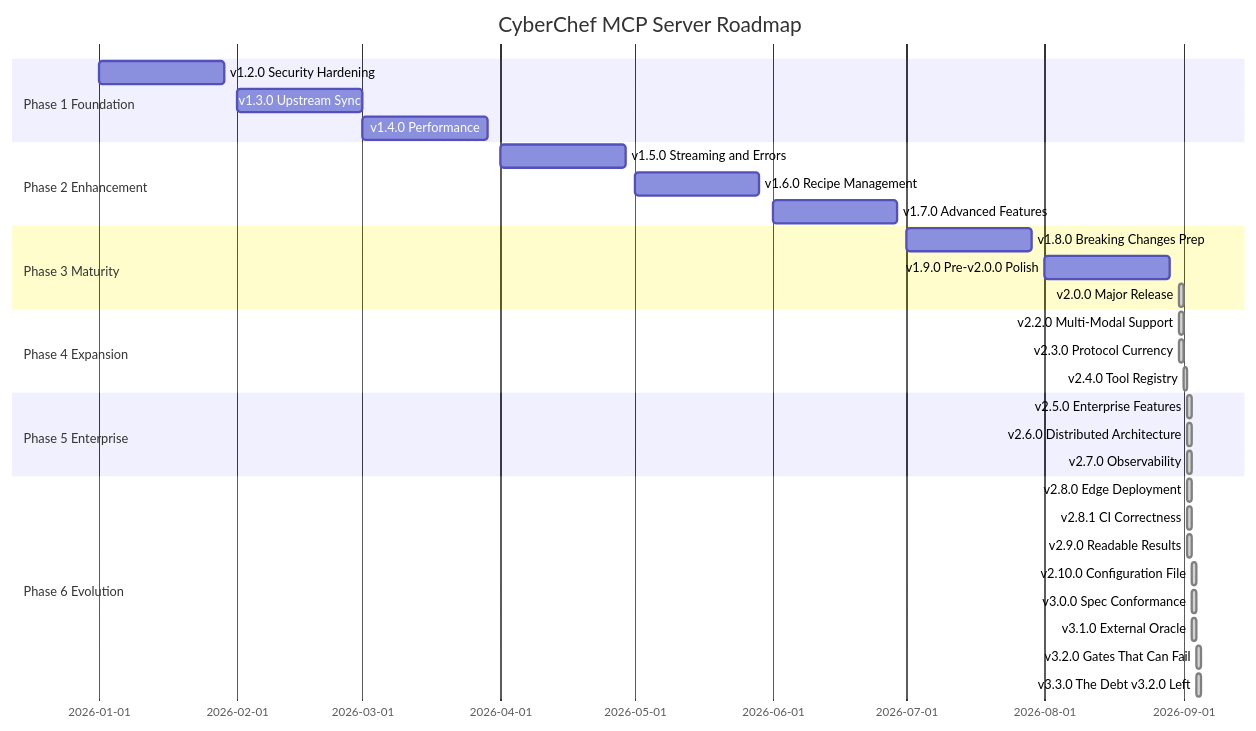
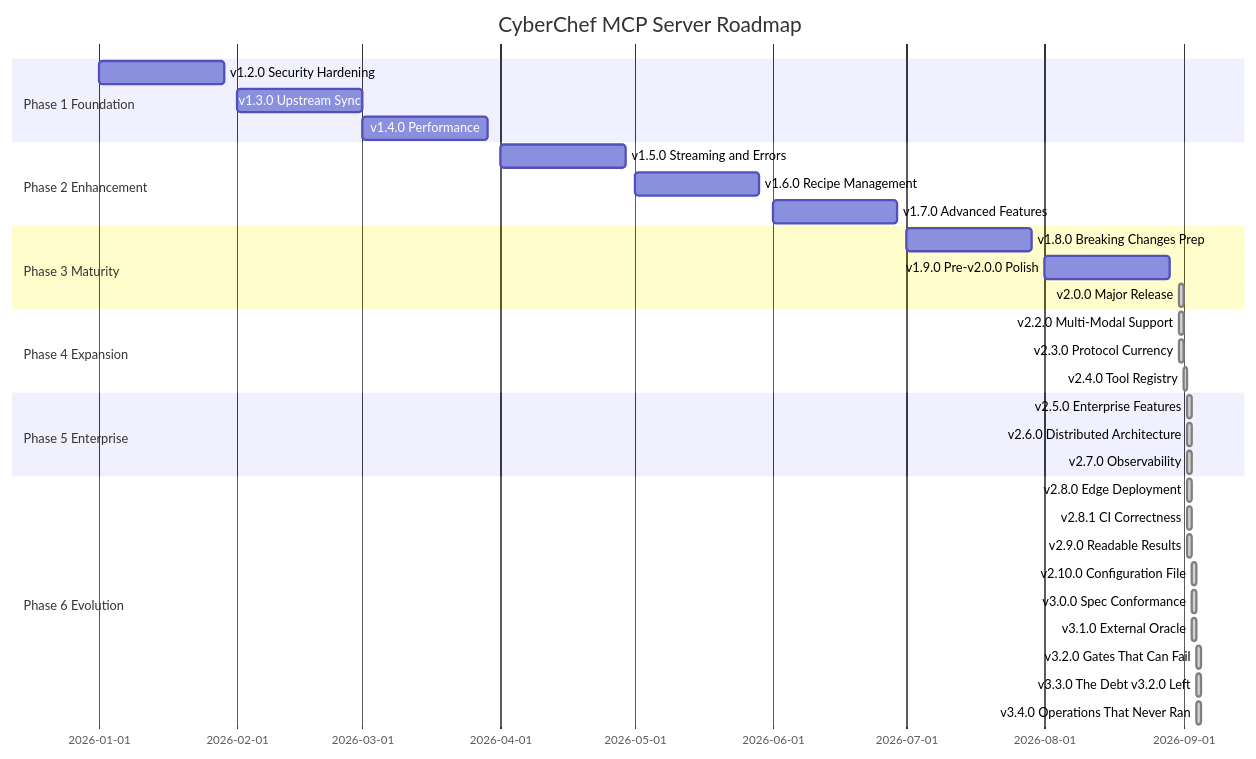
Before and after one commit to doublegate/CyberChef-MCP: the diagram in docs/planning/ROADMAP.md, drawn with Mermaid. The commit also changed other lines of this file and 41 other files, not shown here.

First line of the commit message:
v3.4.0: three Forensics operations that had never worked (#118)

````diff
--- a/docs/planning/ROADMAP.md
+++ b/docs/planning/ROADMAP.md
@@ -67,34 +67,35 @@
 ```mermaid
 gantt
     title CyberChef MCP Server Roadmap
     dateFormat YYYY-MM-DD
     section Phase 1 Foundation
     v1.2.0 Security Hardening           :2026-01-01, 4w
     v1.3.0 Upstream Sync                :2026-02-01, 4w
     v1.4.0 Performance                  :2026-03-01, 4w
     section Phase 2 Enhancement
     v1.5.0 Streaming and Errors         :2026-04-01, 4w
     v1.6.0 Recipe Management            :2026-05-01, 4w
     v1.7.0 Advanced Features            :2026-06-01, 4w
     section Phase 3 Maturity
     v1.8.0 Breaking Changes Prep        :2026-07-01, 4w
     v1.9.0 Pre-v2.0.0 Polish            :2026-08-01, 4w
     v2.0.0 Major Release                :done, 2026-08-31, 1d
     section Phase 4 Expansion
     v2.2.0 Multi-Modal Support          :done, 2026-08-31, 1d
     v2.3.0 Protocol Currency            :done, 2026-08-31, 1d
     v2.4.0 Tool Registry                :done, 2026-09-01, 1d
     section Phase 5 Enterprise
     v2.5.0 Enterprise Features          :done, 2026-09-02, 1d
     v2.6.0 Distributed Architecture     :done, 2026-09-02, 1d
     v2.7.0 Observability                :done, 2026-09-02, 1d
     section Phase 6 Evolution
     v2.8.0 Edge Deployment              :done, 2026-09-02, 1d
     v2.8.1 CI Correctness               :done, 2026-09-02, 1d
     v2.9.0 Readable Results             :done, 2026-09-02, 1d
     v2.10.0 Configuration File          :done, 2026-09-03, 1d
     v3.0.0 Spec Conformance             :done, 2026-09-03, 1d
     v3.1.0 External Oracle              :done, 2026-09-03, 1d
     v3.2.0 Gates That Can Fail          :done, 2026-09-04, 1d
     v3.3.0 The Debt v3.2.0 Left         :done, 2026-09-04, 1d
+    v3.4.0 Operations That Never Ran    :done, 2026-09-04, 1d
 ```
````
